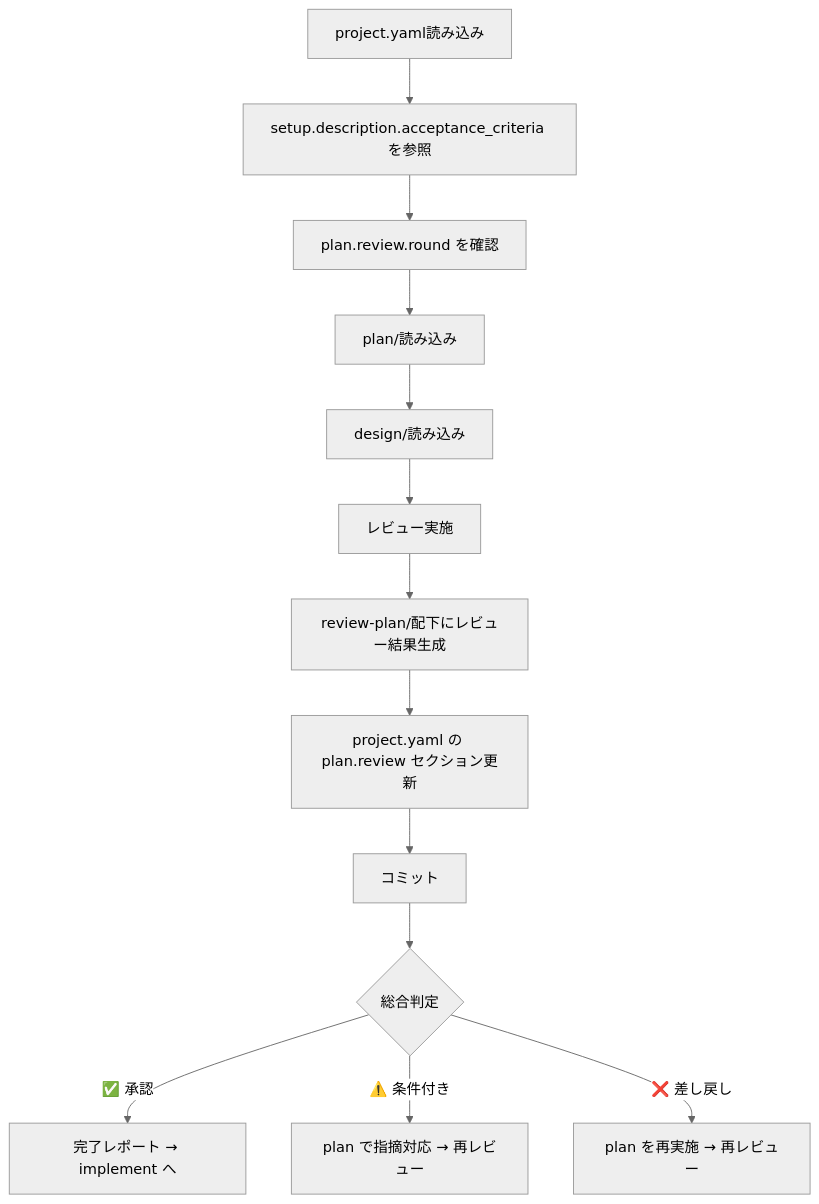
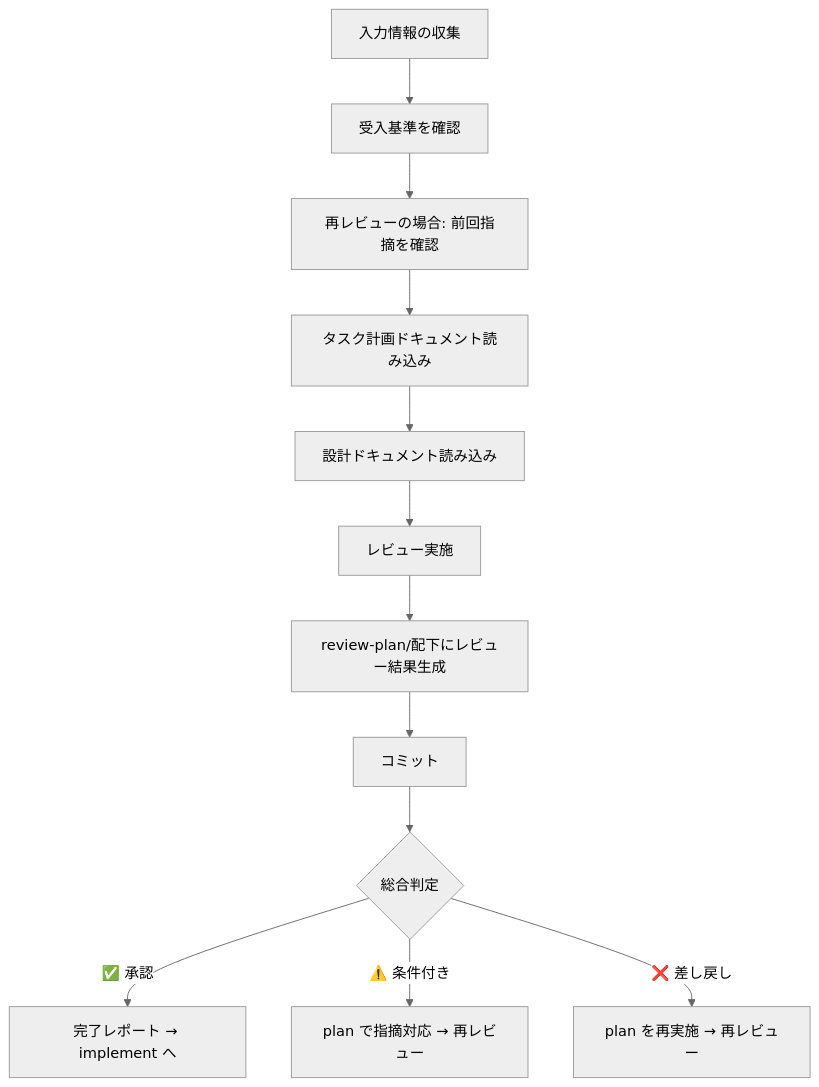
Before and after one commit to NagasakaH/dev-process: the second of 2 diagrams in .claude/skills/review-plan/SKILL.md, drawn with Mermaid (neutral theme). The commit also changed other lines of this file and 30 other files, not shown here.

````diff
--- a/.claude/skills/review-plan/SKILL.md
+++ b/.claude/skills/review-plan/SKILL.md
@@ -80,15 +64,14 @@
 ```mermaid
 flowchart TD
-    A[project.yaml読み込み] --> B[setup.description.acceptance_criteria を参照]
-    B --> C[plan.review.round を確認]
-    C --> D[plan/読み込み]
-    D --> E[design/読み込み]
+    A[入力情報の収集] --> B[受入基準を確認]
+    B --> C[再レビューの場合: 前回指摘を確認]
+    C --> D[タスク計画ドキュメント読み込み]
+    D --> E[設計ドキュメント読み込み]
     E --> F[レビュー実施]
     F --> G[review-plan/配下にレビュー結果生成]
-    G --> H[project.yaml の plan.review セクション更新]
-    H --> I[コミット]
-    I --> J{総合判定}
-    J -->|✅ 承認| K[完了レポート → implement へ]
-    J -->|⚠️ 条件付き| L[plan で指摘対応 → 再レビュー]
-    J -->|❌ 差し戻し| M[plan を再実施 → 再レビュー]
+    G --> H[コミット]
+    H --> I{総合判定}
+    I -->|✅ 承認| J[完了レポート → implement へ]
+    I -->|⚠️ 条件付き| K[plan で指摘対応 → 再レビュー]
+    I -->|❌ 差し戻し| L[plan を再実施 → 再レビュー]
 ```
````
